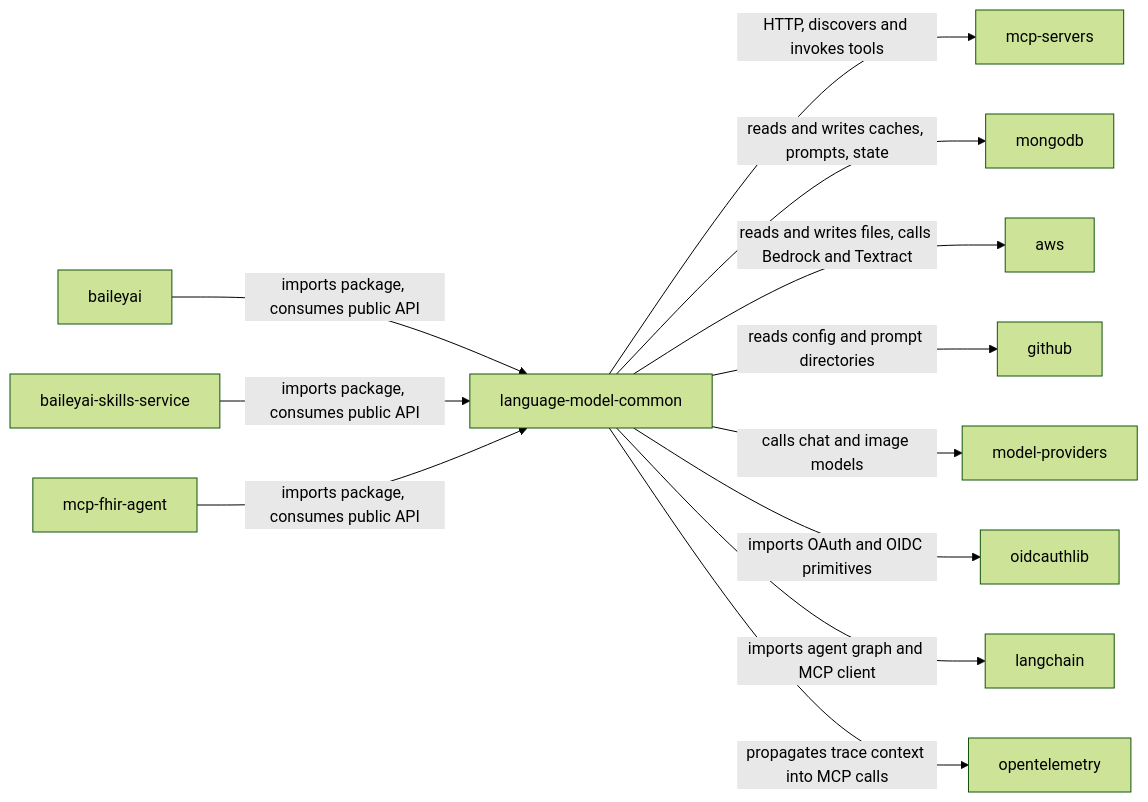
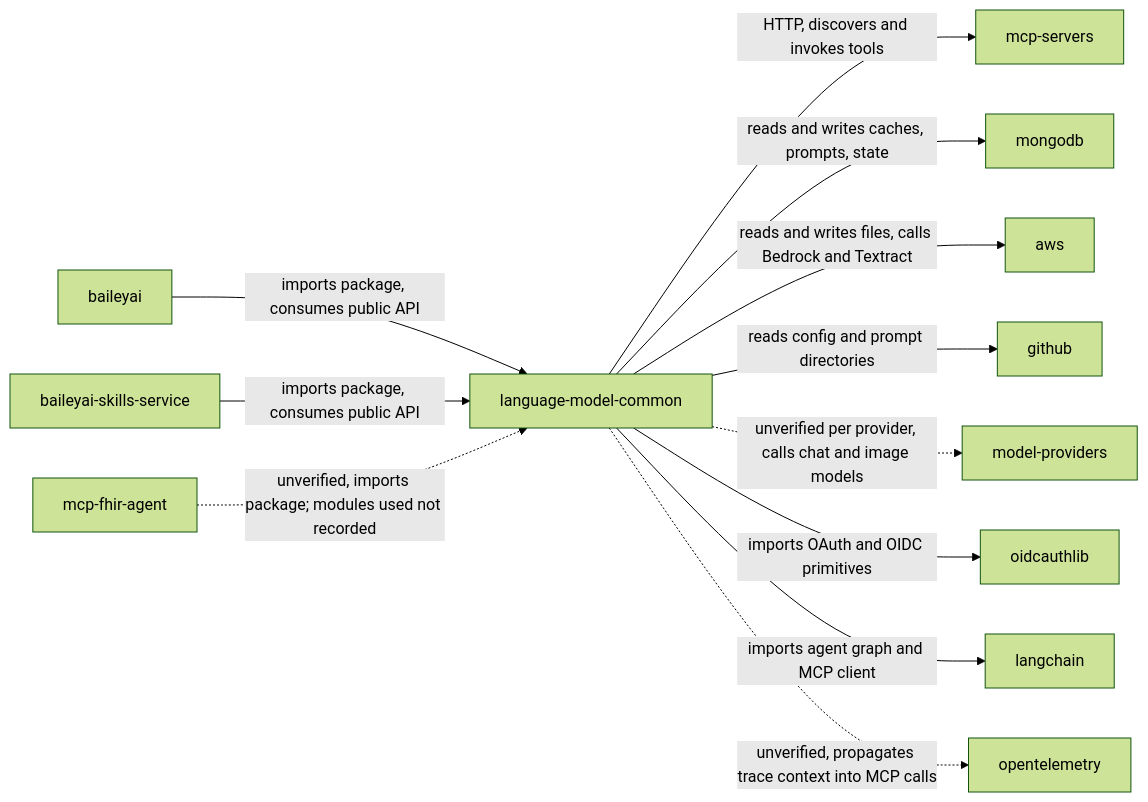
Before and after one commit to icanbwell/language-model-common: the diagram in playbooks/diagrams/context.md, drawn with Mermaid (forest theme).

Commit message:
BAI-1315 draw rows with unverified cells as unverified edges

````diff
--- a/playbooks/diagrams/context.md
+++ b/playbooks/diagrams/context.md
@@ -11,25 +11,25 @@
 ```mermaid
 flowchart LR
     %% row: Upstream / baileyai
     baileyai -->|imports package, consumes public API| language-model-common
     %% row: Upstream / baileyai-skills-service
     baileyai-skills-service -->|imports package, consumes public API| language-model-common
     %% row: Upstream / mcp-fhir-agent
-    mcp-fhir-agent -->|imports package, consumes public API| language-model-common
+    mcp-fhir-agent -.->|unverified, imports package; modules used not recorded| language-model-common
     %% row: Downstream / MCP servers
     language-model-common -->|HTTP, discovers and invokes tools| mcp-servers
     %% row: Downstream / MongoDB
     language-model-common -->|reads and writes caches, prompts, state| mongodb
     %% row: Downstream / AWS
     language-model-common -->|reads and writes files, calls Bedrock and Textract| aws
     %% row: Downstream / GitHub
     language-model-common -->|reads config and prompt directories| github
     %% row: Downstream / Model providers
-    language-model-common -->|calls chat and image models| model-providers
+    language-model-common -.->|unverified per provider, calls chat and image models| model-providers
     %% row: Downstream / oidcauthlib
     language-model-common -->|imports OAuth and OIDC primitives| oidcauthlib
     %% row: Downstream / LangChain
     language-model-common -->|imports agent graph and MCP client| langchain
     %% row: Downstream / OpenTelemetry
-    language-model-common -->|propagates trace context into MCP calls| opentelemetry
+    language-model-common -.->|unverified, propagates trace context into MCP calls| opentelemetry
 ```
````
